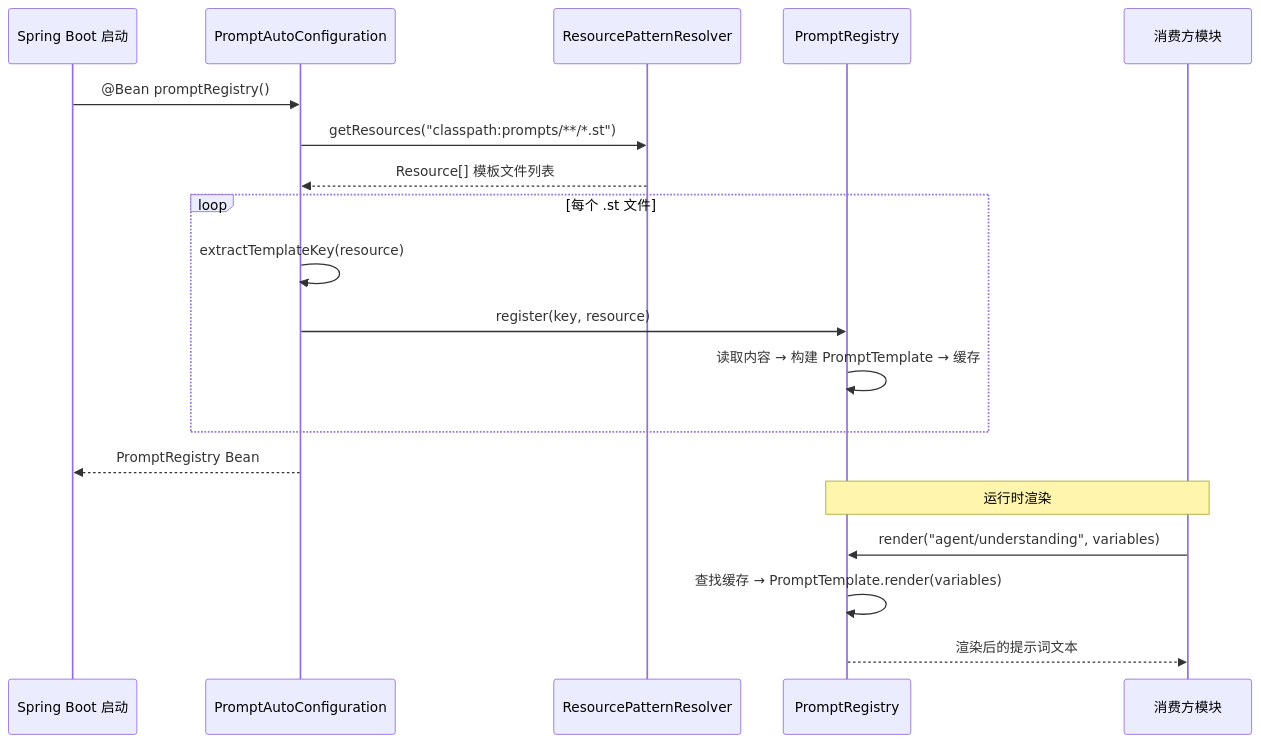
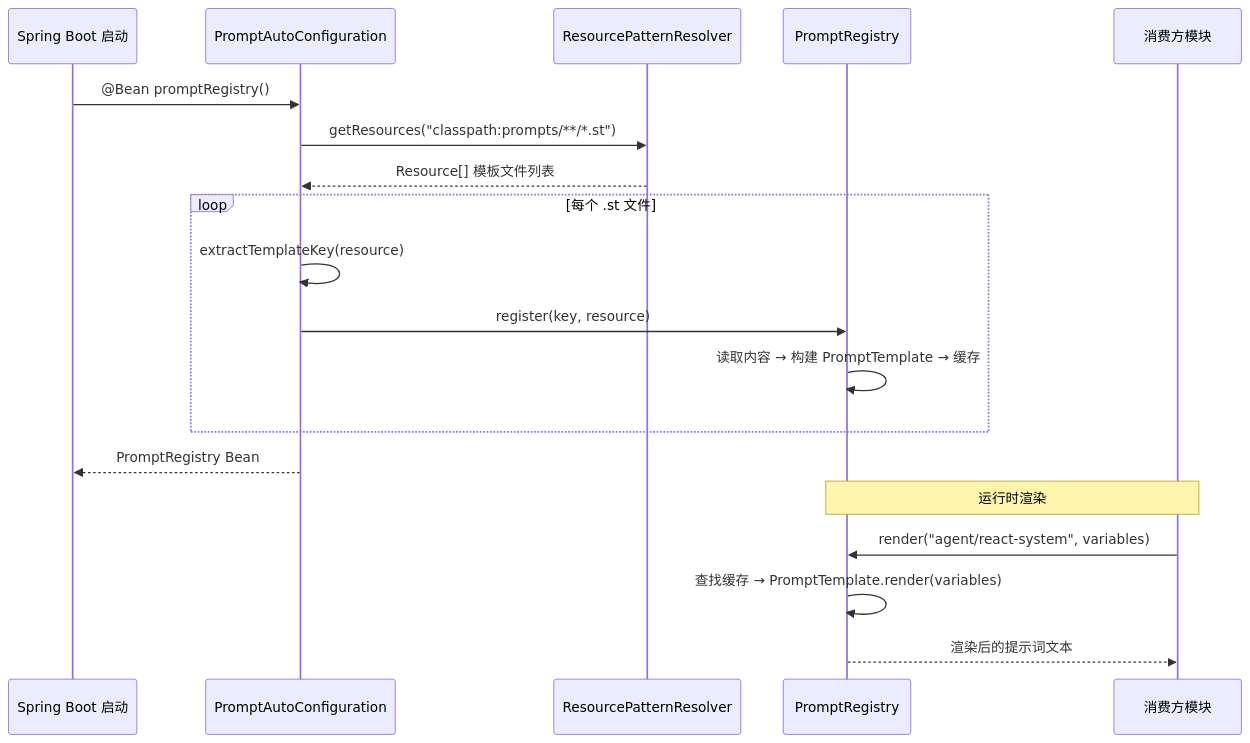
Before and after one commit to ntygod/LifePilot: the second of 2 diagrams in docs/architecture/prompt-management.md, drawn with Mermaid. The commit also changed other lines of this file and 20 other files, not shown here.

````diff
--- a/docs/architecture/prompt-management.md
+++ b/docs/architecture/prompt-management.md
@@ -82,23 +82,23 @@
 ```mermaid
 sequenceDiagram
     participant Boot as Spring Boot 启动
     participant PAC as PromptAutoConfiguration
     participant RPR as ResourcePatternResolver
     participant PR as PromptRegistry
     participant Consumer as 消费方模块
 
     Boot->>PAC: @Bean promptRegistry()
     PAC->>RPR: getResources("classpath:prompts/**/*.st")
     RPR-->>PAC: Resource[] 模板文件列表
     loop 每个 .st 文件
         PAC->>PAC: extractTemplateKey(resource)
         PAC->>PR: register(key, resource)
         PR->>PR: 读取内容 → 构建 PromptTemplate → 缓存
     end
     PAC-->>Boot: PromptRegistry Bean
 
     Note over Consumer,PR: 运行时渲染
-    Consumer->>PR: render("agent/understanding", variables)
+    Consumer->>PR: render("agent/react-system", variables)
     PR->>PR: 查找缓存 → PromptTemplate.render(variables)
     PR-->>Consumer: 渲染后的提示词文本
 ```
````
